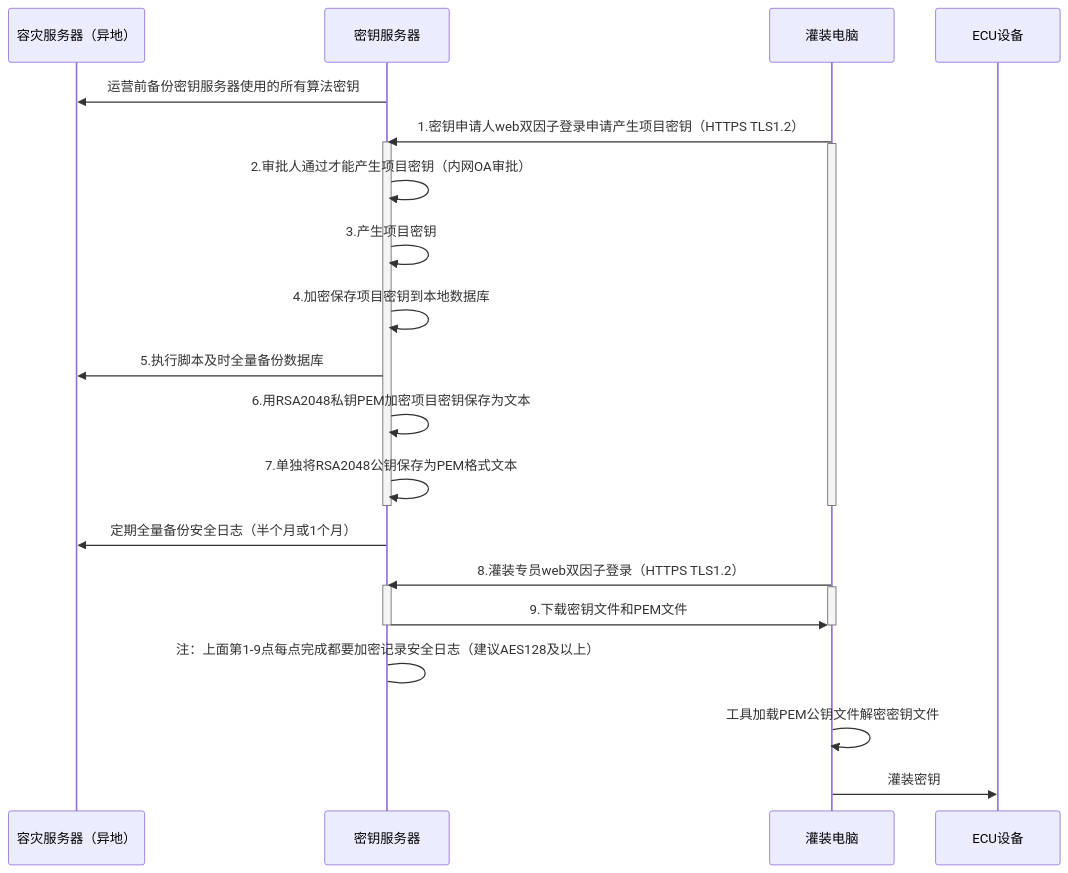
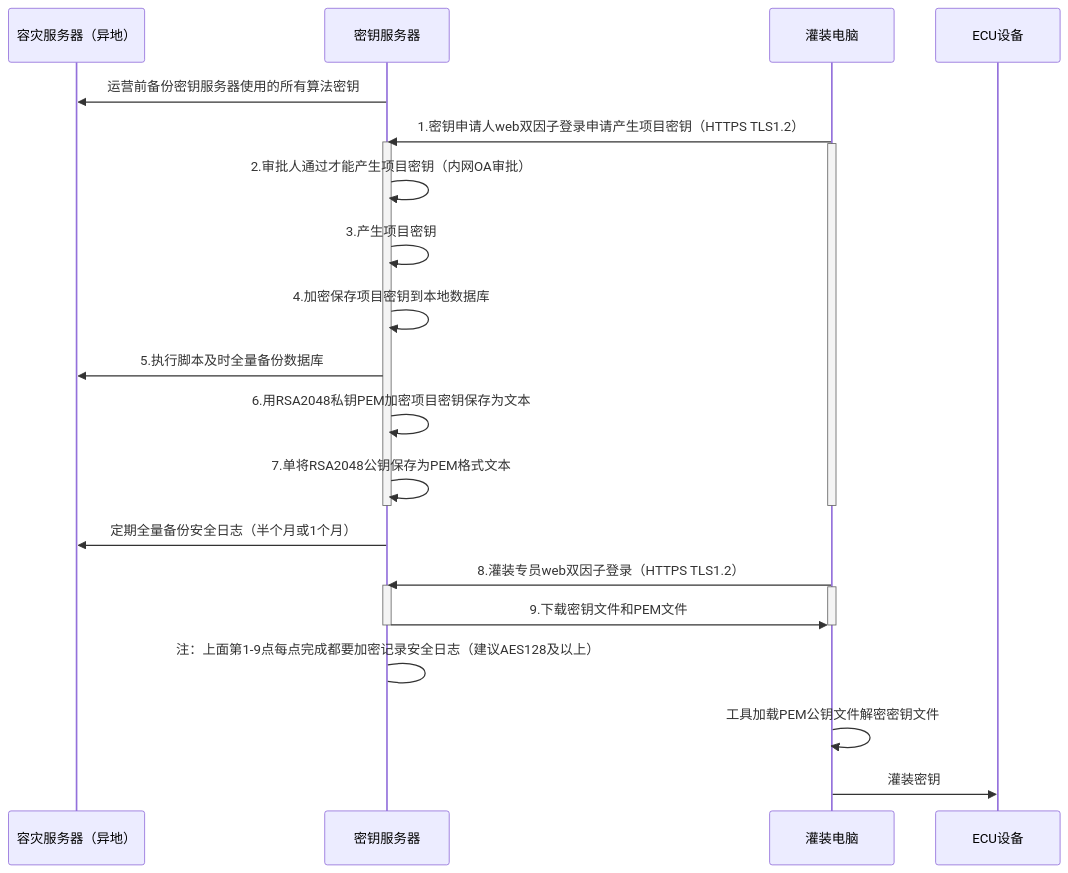
Before and after one commit to facebook-cloud/iodraw-files: the diagram in all/未命名-15.md, drawn with Mermaid.

Commit message:
2026-02-13 10:11:05 update

````diff
--- a/all/未命名-15.md
+++ b/all/未命名-15.md
@@ -1,34 +1,34 @@
 ```mermaid
 sequenceDiagram
     participant A as 容灾服务器（异地）
     participant B as 密钥服务器
     participant D as 灌装电脑
     participant E as ECU设备
 
     B->>A: 运营前备份密钥服务器使用的所有算法密钥
     D->>B: 1.密钥申请人web双因子登录申请产生项目密钥（HTTPS TLS1.2）
     activate B
     activate D
     B->>B: 2.审批人通过才能产生项目密钥（内网OA审批）
     B->>B: 3.产生项目密钥
     B->>B: 4.加密保存项目密钥到本地数据库
     B->>A: 5.执行脚本及时全量备份数据库
     B->>B: 6.用RSA2048私钥PEM加密项目密钥保存为文本
-    B->>B: 7.单独将RSA2048公钥保存为PEM格式文本
+    B->>B: 7.单将RSA2048公钥保存为PEM格式文本
     deactivate B
     deactivate D
 
     B->>A: 定期全量备份安全日志（半个月或1个月）
     
     D->>B: 8.灌装专员web双因子登录（HTTPS TLS1.2）
     activate B
     activate D
     B->>D: 9.下载密钥文件和PEM文件
     deactivate B
     deactivate D
     B->B: 注：上面第1-9点每点完成都要加密记录安全日志（建议AES128及以上）
 
     D->>D:工具加载PEM公钥文件解密密钥文件
     
     D->>E: 灌装密钥
 ```
````
